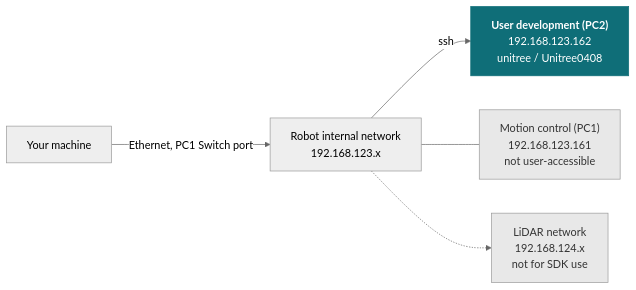
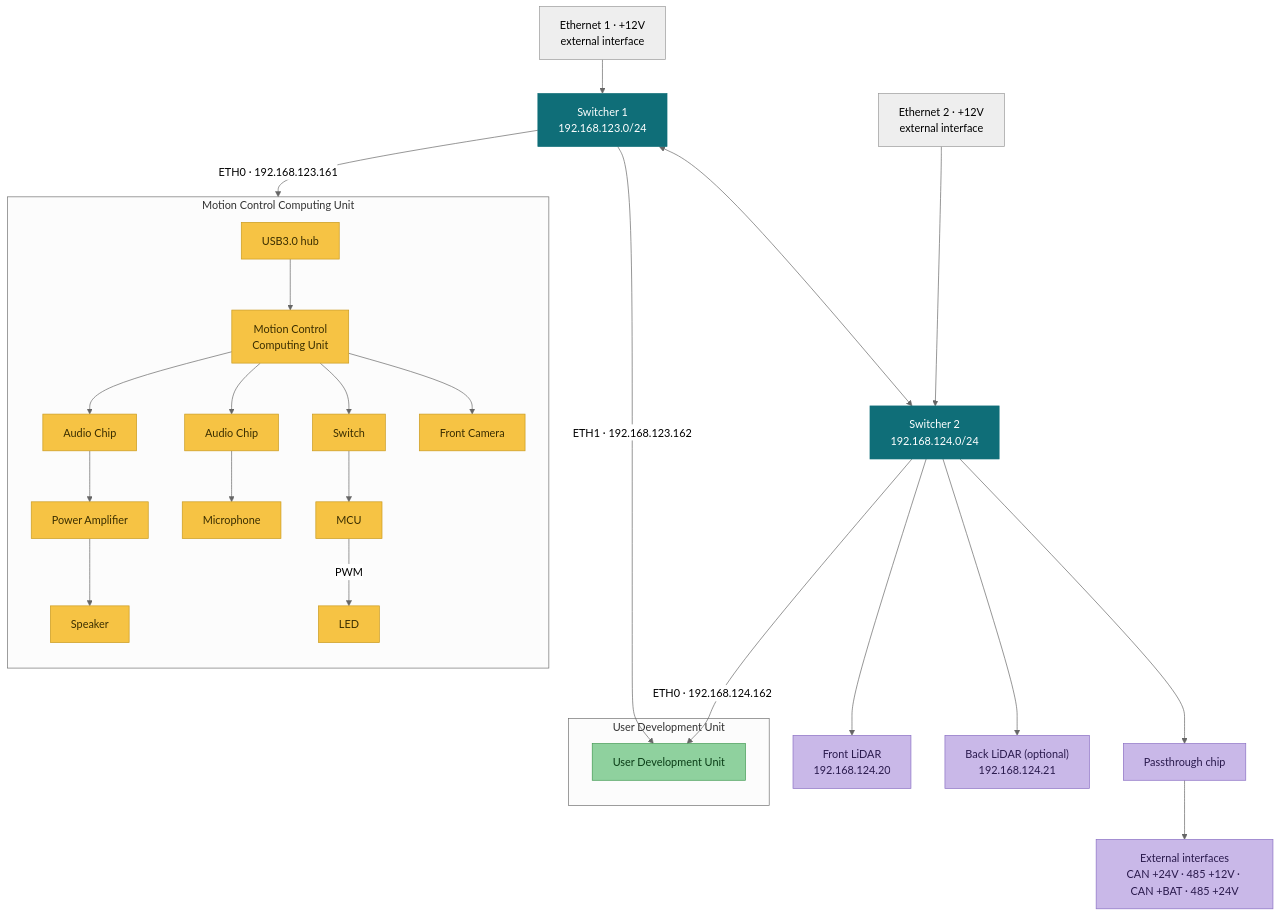
Before and after one commit to westonrobot/docs: the diagram in robot/quadruped/a2.md, drawn with Mermaid (neutral theme). The commit also changed other lines of this file, not shown here.

Commit message:
robot(a2): replace network-layout link with a full redrawn diagram

````diff
--- a/robot/quadruped/a2.md
+++ b/robot/quadruped/a2.md
@@ -124,10 +124,47 @@
 ```mermaid
-flowchart LR
-    L["Your machine"] -->|Ethernet, PC1 Switch port| NET["Robot internal network<br/>192.168.123.x"]
-    NET -->|ssh| DEV["<b>User development (PC2)</b><br/>192.168.123.162<br/>unitree / Unitree0408"]
-    NET --- CTL["Motion control (PC1)<br/>192.168.123.161<br/>not user-accessible"]
-    NET -.-> LIDAR["LiDAR network<br/>192.168.124.x<br/>not for SDK use"]
-    style DEV fill:#0f6e78,stroke:#0f6e78,color:#fff
-    style CTL fill:#e8e8e8,stroke:#999,color:#333
-    style LIDAR fill:#e8e8e8,stroke:#999,color:#333
+flowchart TB
+    ETH1["Ethernet 1 · +12V<br/>external interface"]
+    ETH2["Ethernet 2 · +12V<br/>external interface"]
+
+    subgraph MCZ["Motion Control Computing Unit"]
+        direction TB
+        USBH["USB3.0 hub"] --> MCCU["Motion Control<br/>Computing Unit"]
+        MCCU --> AC1["Audio Chip"] --> AMP["Power Amplifier"] --> SPK["Speaker"]
+        MCCU --> AC2["Audio Chip"] --> MIC["Microphone"]
+        MCCU --> SW["Switch"] --> MCUX["MCU"] -->|PWM| LED["LED"]
+        MCCU --> CAM["Front Camera"]
+    end
+
+    SW1["Switcher 1<br/>192.168.123.0/24"]
+    SW2["Switcher 2<br/>192.168.124.0/24"]
+    SW1 <--> SW2
+
+    subgraph UDZ["User Development Unit"]
+        UDU["User Development Unit"]
+    end
+
+    LIDF["Front LiDAR<br/>192.168.124.20"]
+    LIDB["Back LiDAR (optional)<br/>192.168.124.21"]
+    PASS["Passthrough chip"]
+    EXT["External interfaces<br/>CAN +24V · 485 +12V · CAN +BAT · 485 +24V"]
+
+    ETH1 --> SW1
+    SW1 -->|ETH0 · 192.168.123.161| MCCU
+    SW1 -->|ETH1 · 192.168.123.162| UDU
+
+    ETH2 --> SW2
+    SW2 -->|ETH0 · 192.168.124.162| UDU
+    SW2 --> LIDF
+    SW2 --> LIDB
+    SW2 --> PASS --> EXT
+
+    classDef mc fill:#f6c344,stroke:#c99a1e,color:#3a2e00
+    classDef ud fill:#8fd19e,stroke:#3f9950,color:#0b3d17
+    classDef net fill:#0f6e78,stroke:#0f6e78,color:#fff
+    classDef periph fill:#c9b8e8,stroke:#8a6fc4,color:#2a1a4d
+
+    class MCCU,AC1,AC2,SW,MCUX,LED,AMP,SPK,MIC,CAM,USBH mc
+    class UDU ud
+    class SW1,SW2 net
+    class LIDF,LIDB,PASS,EXT periph
 ```
````
